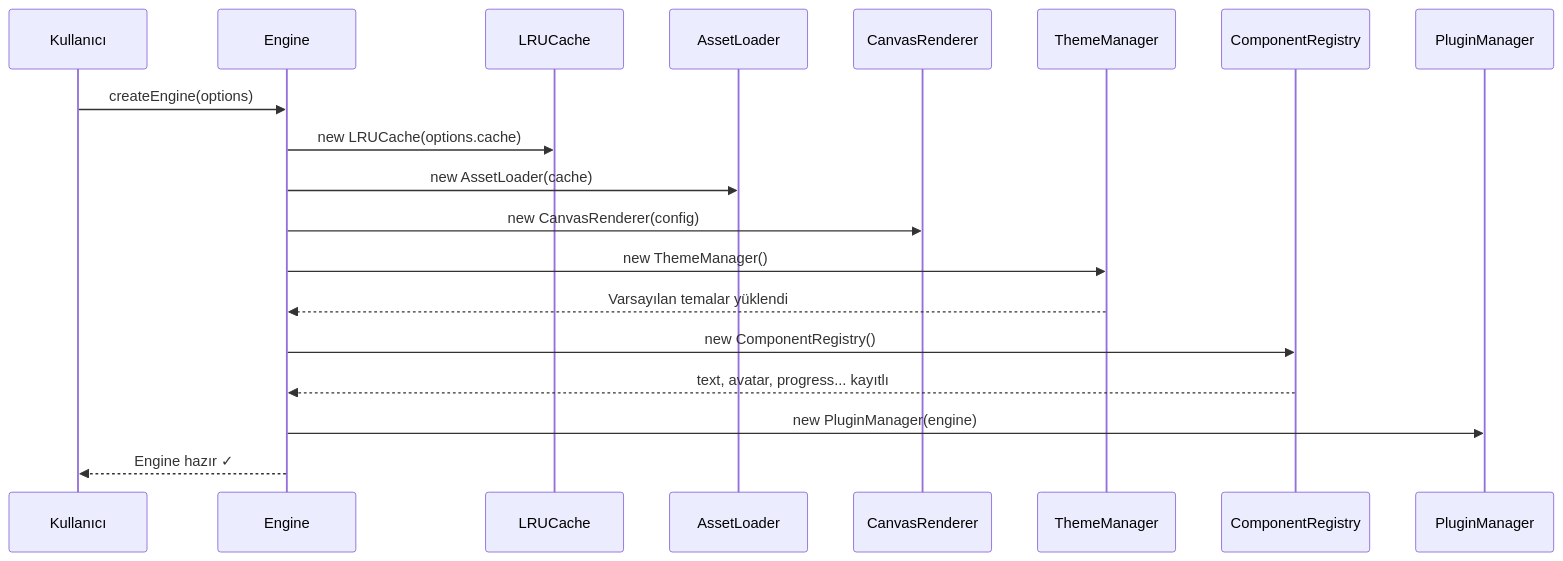
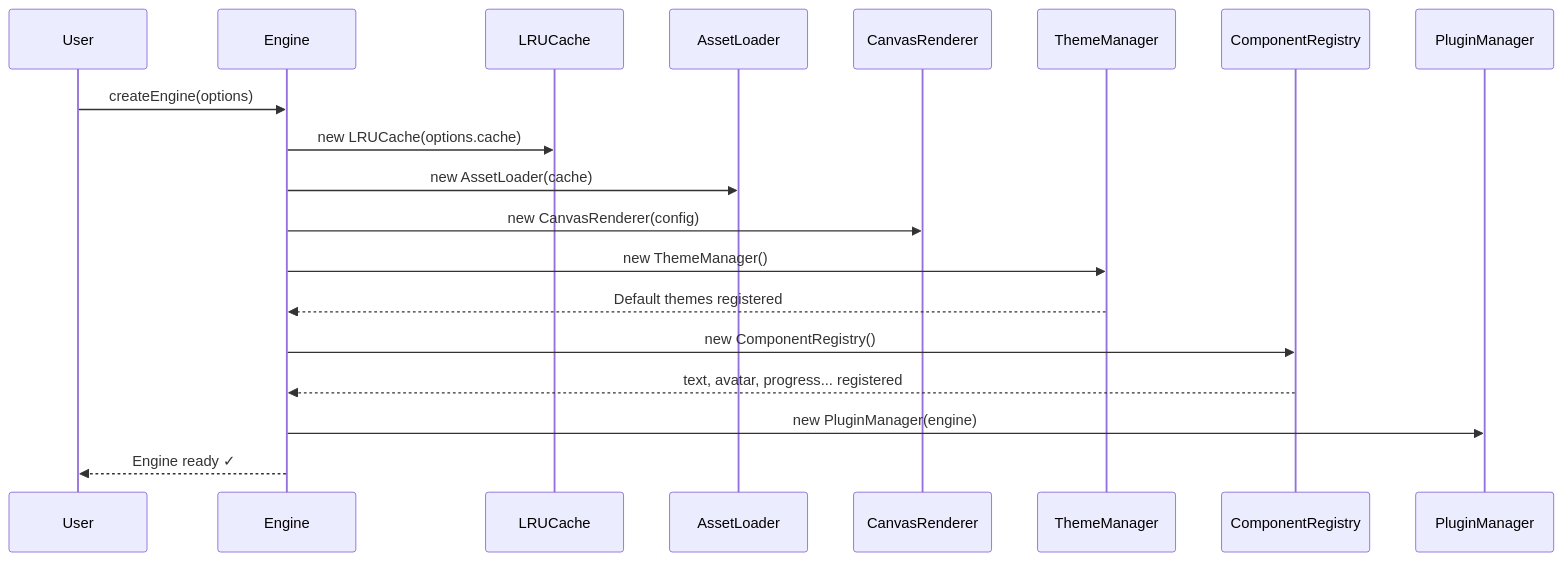
The second of 9 diagrams in docs/core-concepts/system-architecture.md (ManyMQ/modular), drawn with Mermaid before and after one commit. The commit also changed other lines of this file, not shown here.

First line of the commit message:
Docs: Add system architecture overview with diagrams

````diff
--- a/docs/core-concepts/system-architecture.md
+++ b/docs/core-concepts/system-architecture.md
@@ -72,22 +72,22 @@
 ```mermaid
 sequenceDiagram
-    participant U as Kullanıcı
+    participant U as User
     participant E as Engine
     participant C as LRUCache
     participant AL as AssetLoader
     participant R as CanvasRenderer
     participant TM as ThemeManager
     participant CR as ComponentRegistry
     participant PM as PluginManager
 
     U->>E: createEngine(options)
     E->>C: new LRUCache(options.cache)
     E->>AL: new AssetLoader(cache)
     E->>R: new CanvasRenderer(config)
     E->>TM: new ThemeManager()
-    TM-->>E: Varsayılan temalar yüklendi
+    TM-->>E: Default themes registered
     E->>CR: new ComponentRegistry()
-    CR-->>E: text, avatar, progress... kayıtlı
+    CR-->>E: text, avatar, progress... registered
     E->>PM: new PluginManager(engine)
-    E-->>U: Engine hazır ✓
+    E-->>U: Engine ready ✓
 ```
````
